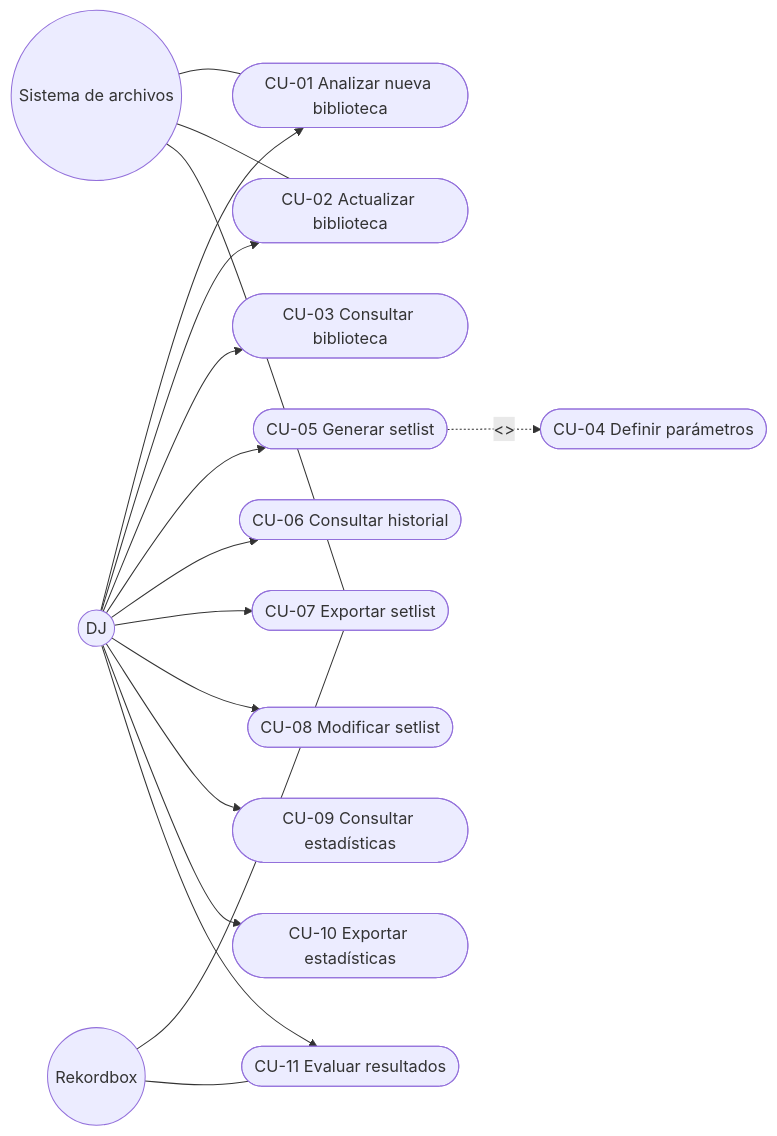
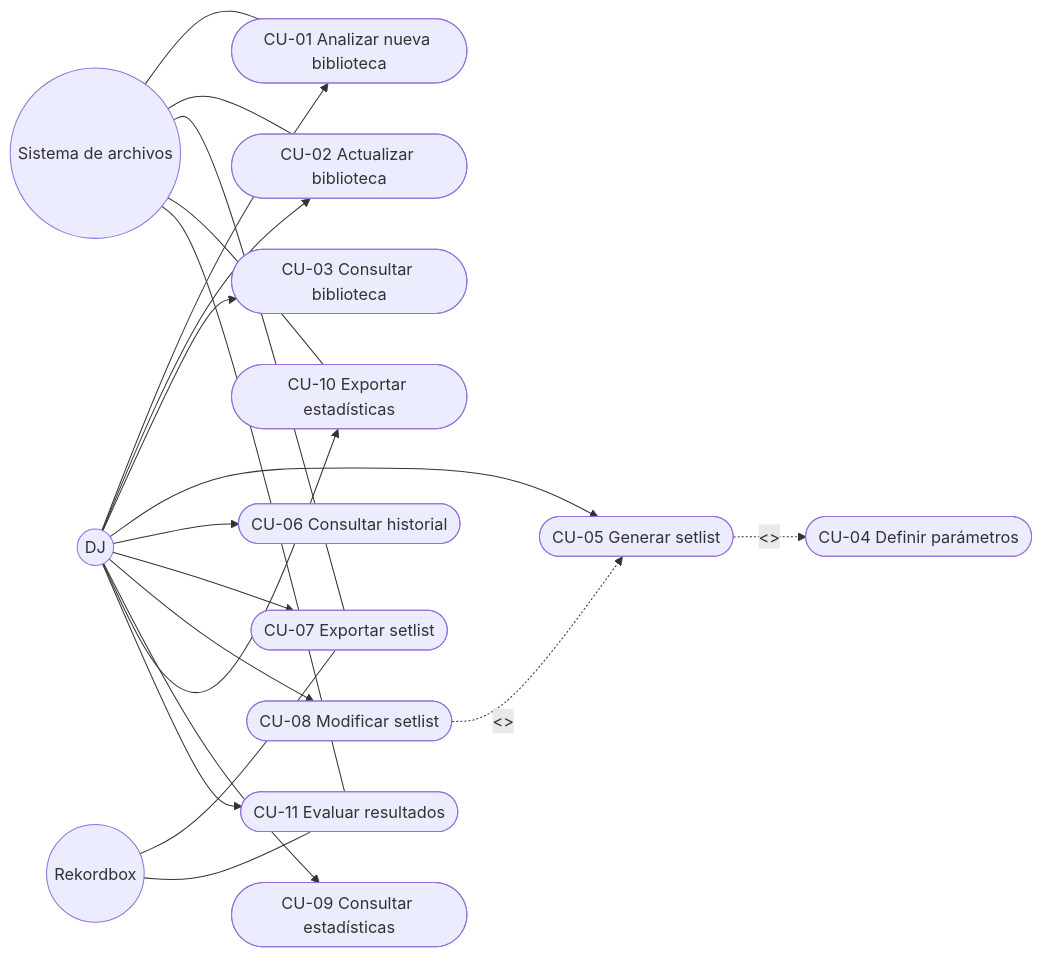
The diagram in docs/requirements/use-cases.md (pabloo806/Trabajo-de-Fin-de-Grado), drawn with Mermaid before and after one commit. The commit also changed other lines of this file, not shown here.

````diff
--- a/docs/requirements/use-cases.md
+++ b/docs/requirements/use-cases.md
@@ -39,40 +53,43 @@
 ```mermaid
 flowchart LR
 
     DJ((DJ))
 
     CU01([CU-01 Analizar nueva biblioteca])
     CU02([CU-02 Actualizar biblioteca])
     CU03([CU-03 Consultar biblioteca])
     CU04([CU-04 Definir parámetros])
     CU05([CU-05 Generar setlist])
     CU06([CU-06 Consultar historial])
     CU07([CU-07 Exportar setlist])
     CU08([CU-08 Modificar setlist])
     CU09([CU-09 Consultar estadísticas])
     CU10([CU-10 Exportar estadísticas])
     CU11([CU-11 Evaluar resultados])
 
     RB((Rekordbox))
     FS((Sistema de archivos))
 
     DJ --> CU01
     DJ --> CU02
     DJ --> CU03
     DJ --> CU05
     DJ --> CU06
     DJ --> CU07
     DJ --> CU08
     DJ --> CU09
     DJ --> CU10
     DJ --> CU11
 
     CU05 -.<<include>>.-> CU04
+    CU08 -.<<extend>>.-> CU05
 
     FS --- CU01
     FS --- CU02
     FS --- CU07
+    FS --- CU10
+    FS --- CU11
 
     RB --- CU07
     RB --- CU11
 ```
````
